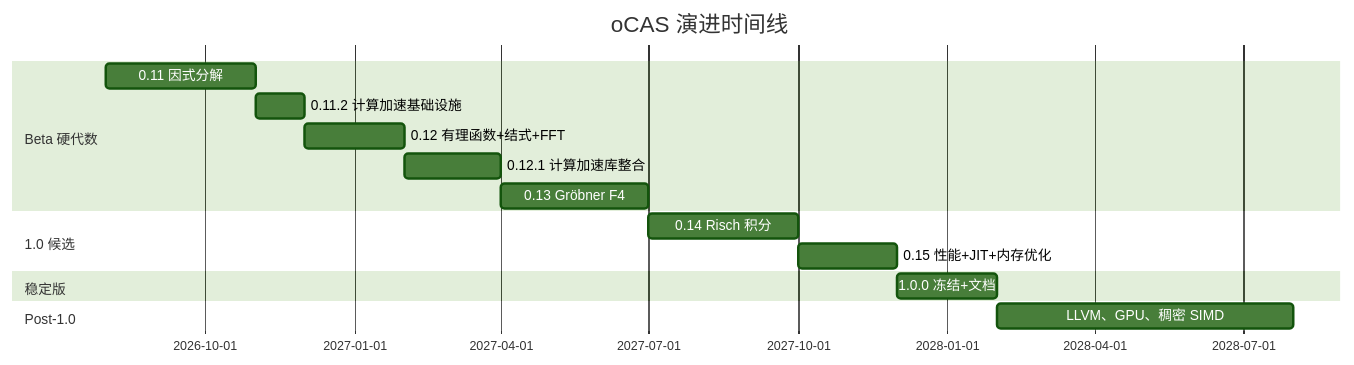
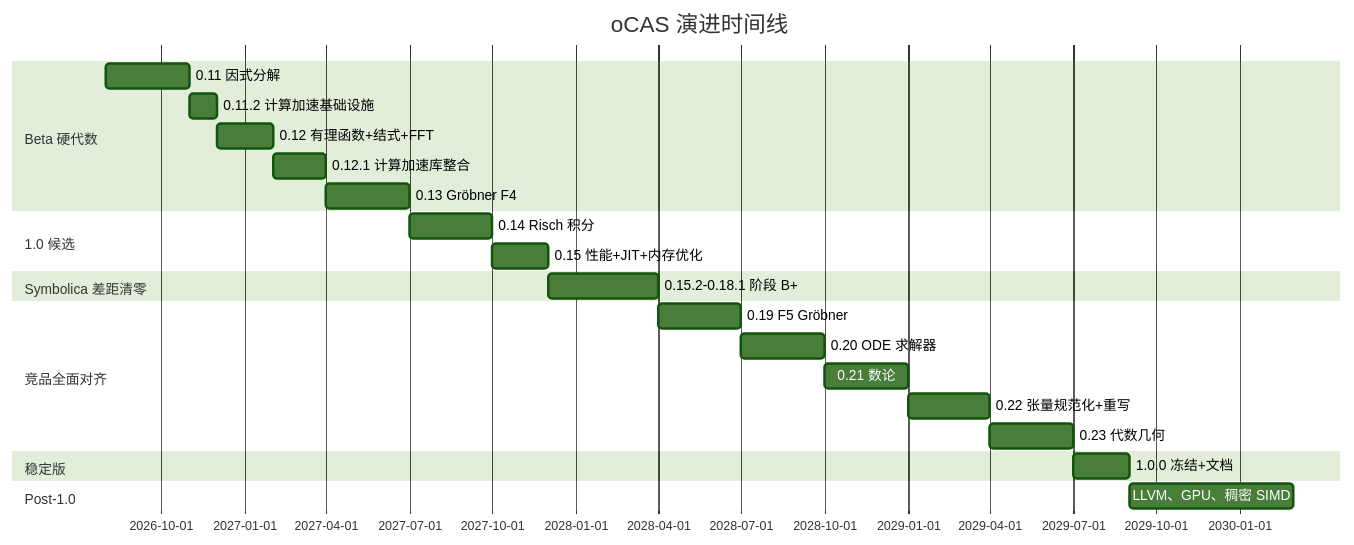
Before and after one commit to Charleshzh/oCAS: the diagram in docs/planning/EVOLUTION_PLAN_CN.md, drawn with Mermaid (forest theme). The commit also changed other lines of this file and 5 other files, not shown here.

````diff
--- a/docs/planning/EVOLUTION_PLAN_CN.md
+++ b/docs/planning/EVOLUTION_PLAN_CN.md
@@ -27,18 +27,26 @@
 ```mermaid
 gantt
     title oCAS 演进时间线
     dateFormat YYYY-MM
     section Beta 硬代数
     0.11 因式分解            :b11, 2026-08, 3M
     0.11.2 计算加速基础设施   :b112, after b11, 1M
     0.12 有理函数+结式+FFT   :b12, after b112, 2M
     0.12.1 计算加速库整合     :b121, after b12, 2M
     0.13 Gröbner F4          :b13, after b121, 3M
     section 1.0 候选
     0.14 Risch 积分          :r14, after b13, 3M
     0.15 性能+JIT+内存优化    :r15, after r14, 2M
+    section Symbolica 差距清零
+    0.15.2-0.18.1 阶段 B+    :bp, after r15, 4M
+    section 竞品全面对齐
+    0.19 F5 Gröbner          :c19, after bp, 3M
+    0.20 ODE 求解器          :c20, after c19, 3M
+    0.21 数论                :c21, after c20, 3M
+    0.22 张量规范化+重写      :c22, after c21, 3M
+    0.23 代数几何            :c23, after c22, 3M
     section 稳定版
-    1.0.0 冻结+文档          :s10, after r15, 2M
+    1.0.0 冻结+文档          :s10, after c23, 2M
     section Post-1.0
     LLVM、GPU、稠密 SIMD      :p1, after s10, 6M
 ```
````
